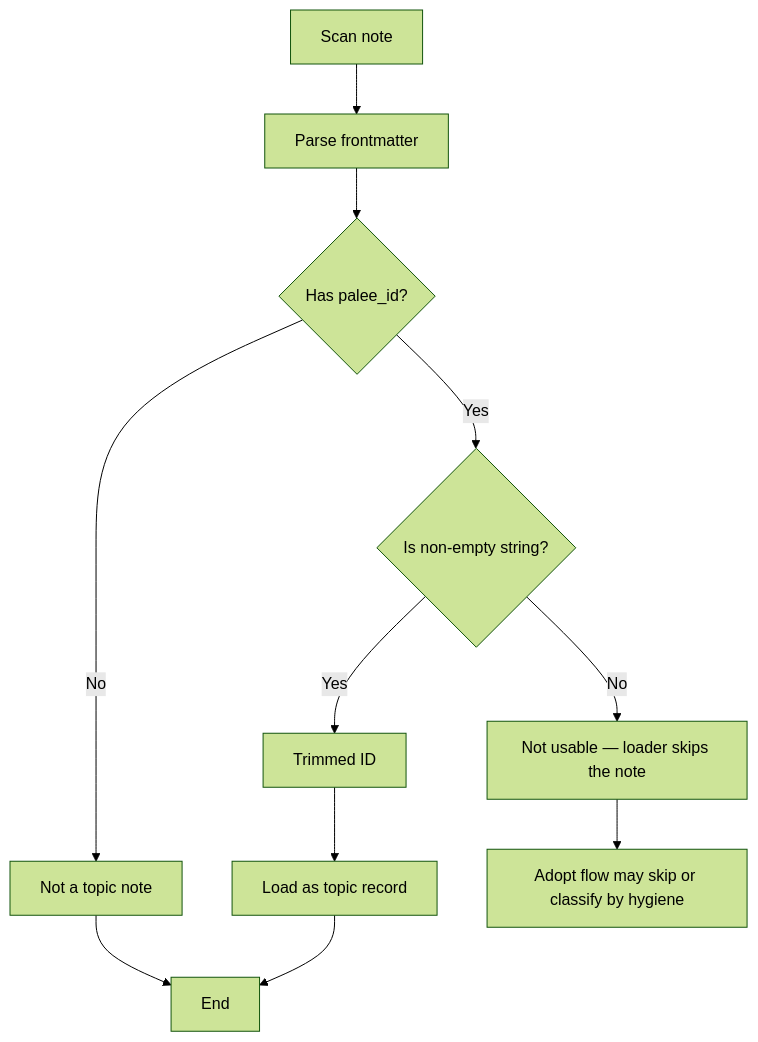
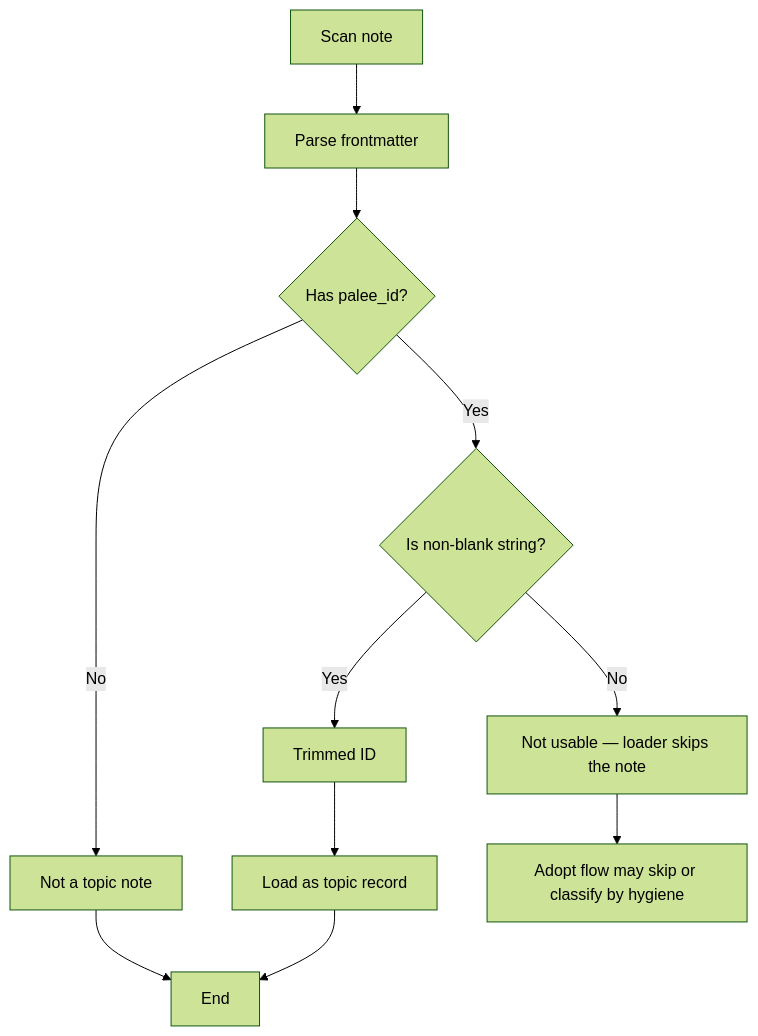
The third of 6 diagrams in Core Engine/Topic ID Management.md (Kuldeep2822k/palee-architecture), drawn with Mermaid (forest theme) before and after one commit. The commit also changed 7 other files, not shown here.

````diff
--- a/Core Engine/Topic ID Management.md
+++ b/Core Engine/Topic ID Management.md
@@ -215,13 +215,13 @@
 ```mermaid
 flowchart TD
   Start["Scan note"] --> Parse["Parse frontmatter"]
   Parse --> HasId{"Has palee_id?"}
   HasId -->|"No"| Skip["Not a topic note"]
-  HasId -->|"Yes"| TypeCheck{"Is non-empty string?"}
+  HasId -->|"Yes"| TypeCheck{"Is non-blank string?"}
   TypeCheck -->|"No"| InvalidId["Not usable — loader skips the note"]
   TypeCheck -->|"Yes"| Trim["Trimmed ID"]
   Trim --> Load["Load as topic record"]
   InvalidId --> AdoptFlow["Adopt flow may skip or classify by hygiene"]
   Skip --> End["End"]
   Load --> End
 ```
````
